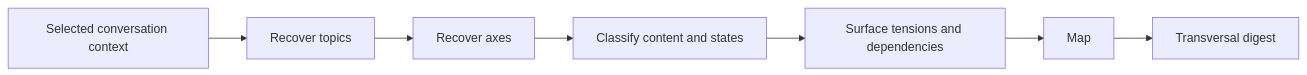
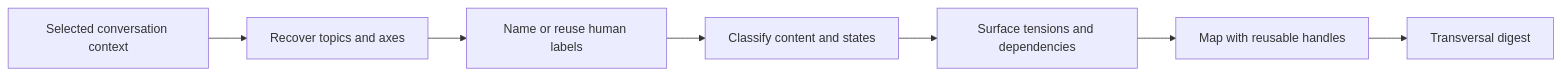
One commit to control-decks/think-it-through changed the diagram in plugins/think-it-through/skills/think-recap/SKILL.md. Above: the diagram before and after it, drawn with Mermaid. The commit also changed other lines of this file and 18 other files, not shown here.

````diff
--- a/plugins/think-it-through/skills/think-recap/SKILL.md
+++ b/plugins/think-it-through/skills/think-recap/SKILL.md
@@ -20,9 +20,9 @@
 ```mermaid
 flowchart LR
-    A["Selected conversation context"] --> B["Recover topics"]
-    B --> C["Recover axes"]
+    A["Selected conversation context"] --> B["Recover topics and axes"]
+    B --> C["Name or reuse human labels"]
     C --> D["Classify content and states"]
     D --> E["Surface tensions and dependencies"]
-    E --> F["Map"]
+    E --> F["Map with reusable handles"]
     F --> G["Transversal digest"]
 ```
````
